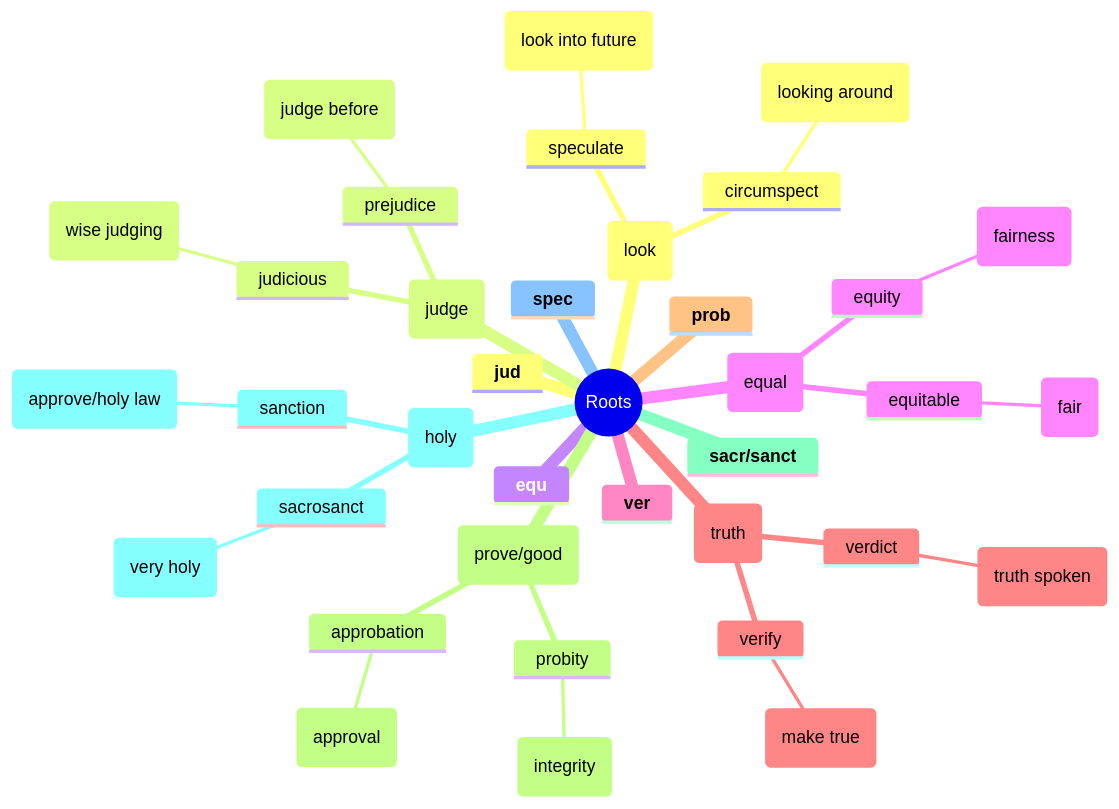
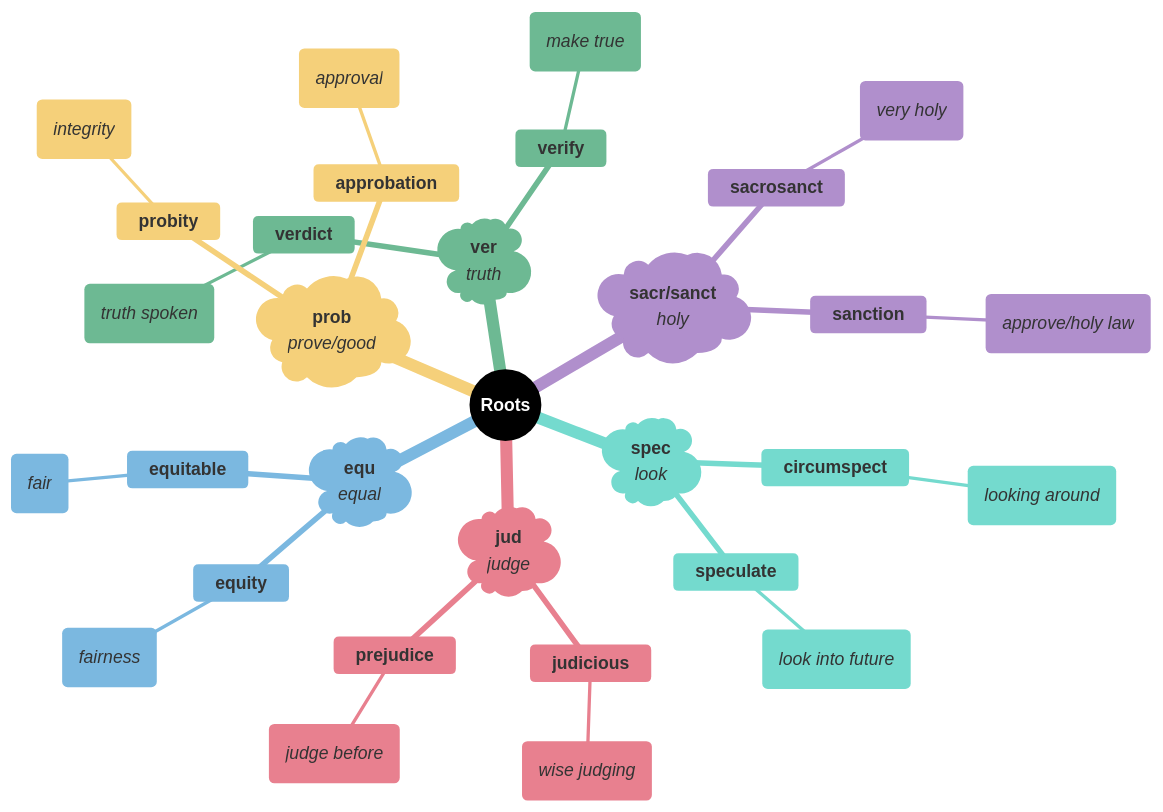
Before and after one commit to 95anantsingh/gre-preparation: the seventh of 7 diagrams in mindmaps/14-judgment-and-decision.md, drawn with Mermaid. The commit also changed other lines of this file and 14 other files, not shown here.

````diff
--- a/mindmaps/14-judgment-and-decision.md
+++ b/mindmaps/14-judgment-and-decision.md
@@ -326,40 +469,53 @@
 ```mermaid
+%%{
+  init: {
+    "theme": "base",
+    "themeVariables": {
+      "primaryColor": "#000000",
+      "cScale1": "#e8808f",  "cScaleInv1": "#a33445",
+      "cScale2": "#7bb8e0",  "cScaleInv2": "#266a93",
+      "cScale3": "#6db993",  "cScaleInv3": "#23543f",
+      "cScale4": "#f5d07a",  "cScaleInv4": "#c4903b",
+      "cScale5": "#b08fcc",  "cScaleInv5": "#5d3b75",
+      "cScale6": "#74dace",  "cScaleInv6": "#217d72",
+      "cScale7": "#f09570",  "cScaleInv7": "#b84112",
+      "cScale8": "#8ea8c2",  "cScaleInv8": "#32465e",
+      "cScale9": "#cc7fba",  "cScaleInv9": "#7d2868",
+      "cScale10": "#c99a78", "cScaleInv10": "#7c4e32",
+      "cScale11": "#a3a3a3", "cScaleInv11": "#3d3d3d"
+    }
+  }
+}%%
 mindmap
-  root((Roots))
-    **jud**
-    (judge)
-      judicious
-        (wise judging)
-      prejudice
-        (judge before)
-    **equ**
-    (equal)
-      equitable
-        (fair)
-      equity
-        (fairness)
-    **ver**
-    (truth)
-      verdict
-        (truth spoken)
-      verify
-        (make true)
-    **prob**
-    (prove/good)
-      probity
-        (integrity)
-      approbation
-        (approval)
-    **sacr/sanct**
-    (holy)
-      sacrosanct
-        (very holy)
-      sanction
-        (approve/holy law)
-    **spec**
-    (look)
-      speculate
-        (look into future)
-      circumspect
-        (looking around)
+  root((<font color=white>**Roots**</font>))
+    )**jud**</br>_judge_(
+      **judicious**
+        (_wise judging_)
+      **prejudice**
+        (_judge before_)
+    )**equ**</br>_equal_(
+      **equitable**
+        (_fair_)
+      **equity**
+        (_fairness_)
+    )**ver**</br>_truth_(
+      **verdict**
+        (_truth spoken_)
+      **verify**
+        (_make true_)
+    )**prob**</br>_prove/good_(
+      **probity**
+        (_integrity_)
+      **approbation**
+        (_approval_)
+    )**sacr/sanct**</br>_holy_(
+      **sacrosanct**
+        (_very holy_)
+      **sanction**
+        (_approve/holy law_)
+    )**spec**</br>_look_(
+      **speculate**
+        (_look into future_)
+      **circumspect**
+        (_looking around_)
 ```
````
